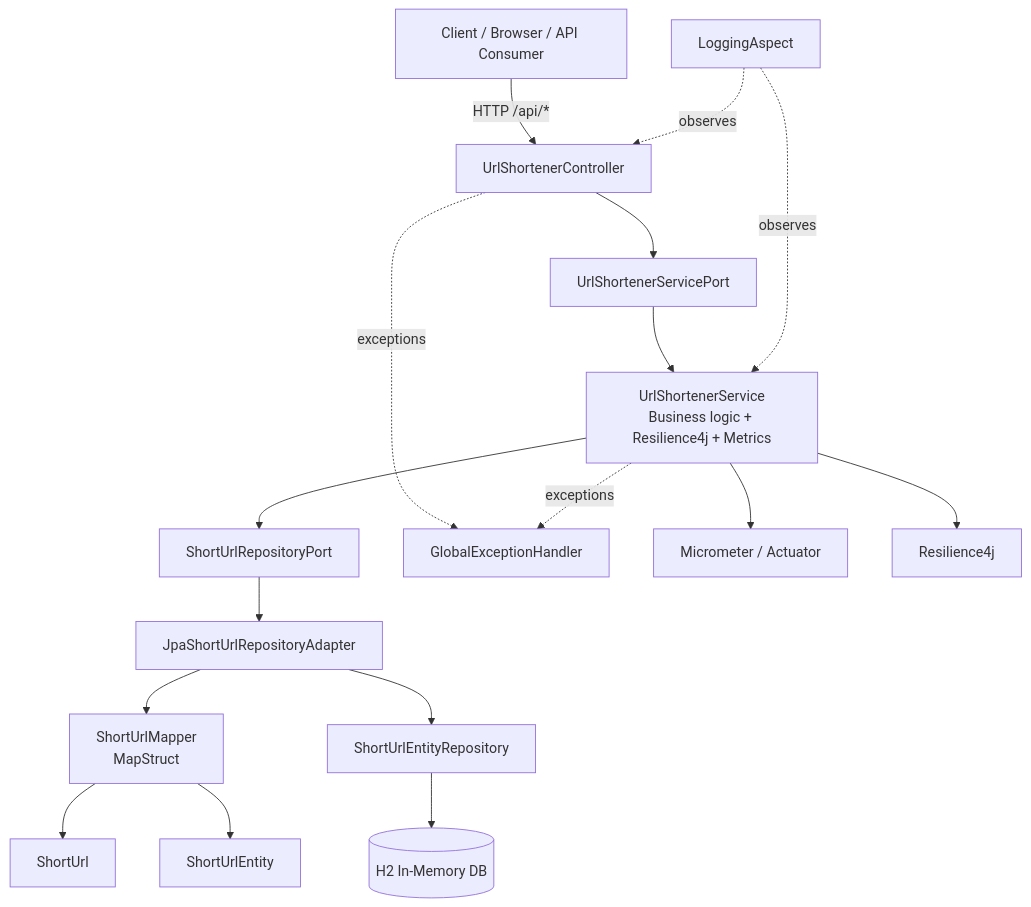
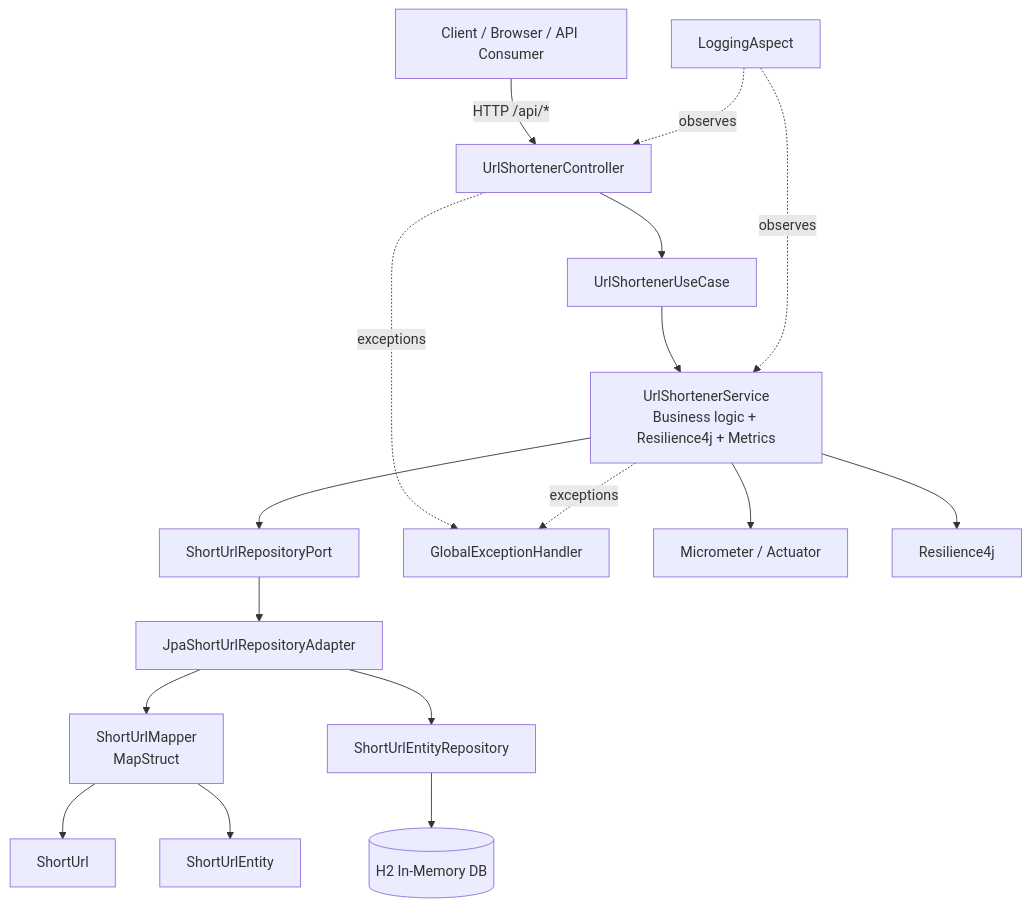
The second of 3 diagrams in docs/architecture-overview.md (amarsingh045/url-shortener-service), drawn with Mermaid before and after one commit. The commit also changed other lines of this file and 7 other files, not shown here.

````diff
--- a/docs/architecture-overview.md
+++ b/docs/architecture-overview.md
@@ -77,40 +77,40 @@
 ```mermaid
 flowchart TD
 	Client[Client / Browser / API Consumer]
 
 	Controller[UrlShortenerController]
-	Port[UrlShortenerServicePort]
+	Port[UrlShortenerUseCase]
 	Service[UrlShortenerService<br/>Business logic + Resilience4j + Metrics]
 	RepoPort[ShortUrlRepositoryPort]
 	Adapter[JpaShortUrlRepositoryAdapter]
 	Mapper[ShortUrlMapper<br/>MapStruct]
 	JpaRepo[ShortUrlEntityRepository]
 	Entity[ShortUrlEntity]
 	Domain[ShortUrl]
 	H2[(H2 In-Memory DB)]
 
 	Exceptions[GlobalExceptionHandler]
 	Logging[LoggingAspect]
 	Metrics[Micrometer / Actuator]
 	Resilience[Resilience4j]
 
 	Client -->|HTTP /api/*| Controller
 	Controller --> Port
 	Port --> Service
 	Service --> RepoPort
 	RepoPort --> Adapter
 	Adapter --> Mapper
 	Mapper --> Domain
 	Mapper --> Entity
 	Adapter --> JpaRepo
 	JpaRepo --> H2
 
 	Service --> Metrics
 	Service --> Resilience
 
 	Controller -. exceptions .-> Exceptions
 	Service -. exceptions .-> Exceptions
 
 	Logging -. observes .-> Controller
 	Logging -. observes .-> Service
 ```
````
